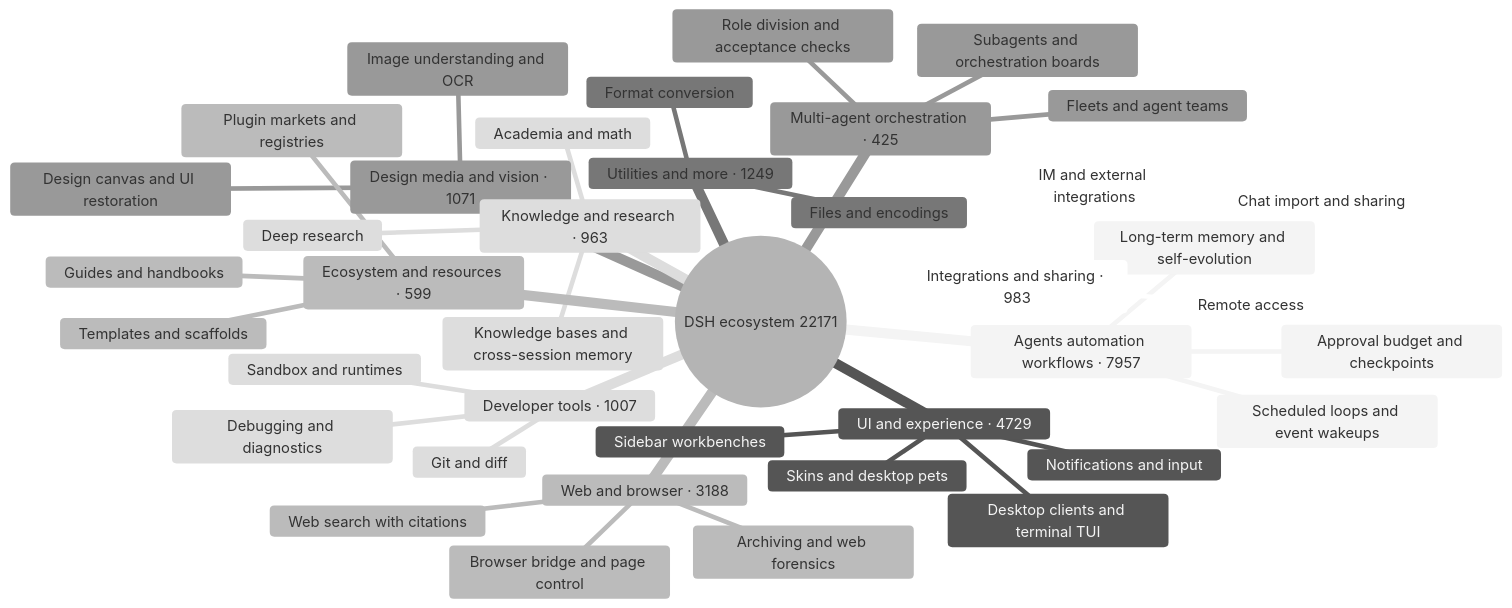
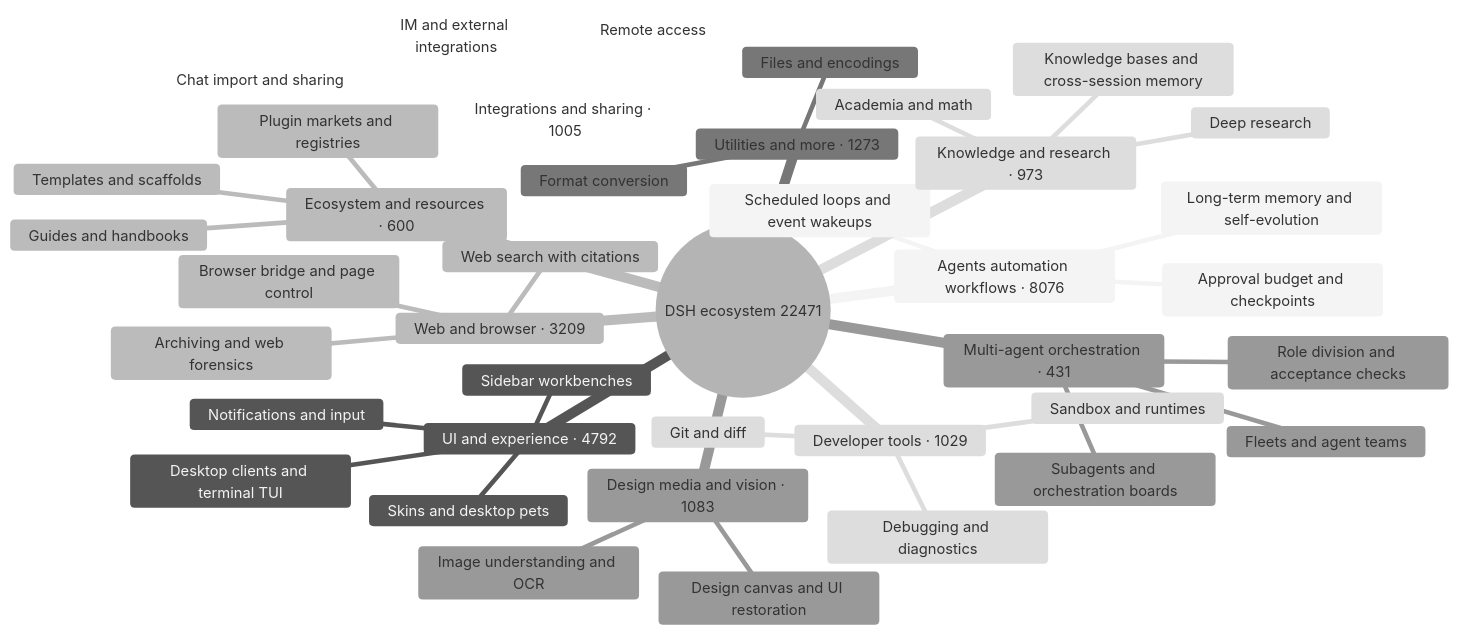
Before and after one commit to bruc3van/awesome-dsh-plugin: the diagram in README_EN.md, drawn with Mermaid (neutral theme). The commit also changed other lines of this file and 26 other files, not shown here.

````diff
--- a/README_EN.md
+++ b/README_EN.md
@@ -40,43 +40,43 @@
 ```mermaid
 mindmap
-  root((DSH ecosystem 22171))
-    Agents automation workflows · 7957
+  root((DSH ecosystem 22471))
+    Agents automation workflows · 8076
       Scheduled loops and event wakeups
       Long-term memory and self-evolution
       Approval budget and checkpoints
-    UI and experience · 4729
+    UI and experience · 4792
       Desktop clients and terminal TUI
       Sidebar workbenches
       Skins and desktop pets
       Notifications and input
-    Web and browser · 3188
+    Web and browser · 3209
       Browser bridge and page control
       Web search with citations
       Archiving and web forensics
-    Utilities and more · 1249
+    Utilities and more · 1273
       Files and encodings
       Format conversion
-    Design media and vision · 1071
+    Design media and vision · 1083
       Image understanding and OCR
       Design canvas and UI restoration
-    Developer tools · 1007
+    Developer tools · 1029
       Git and diff
       Sandbox and runtimes
       Debugging and diagnostics
-    Integrations and sharing · 983
+    Integrations and sharing · 1005
       Chat import and sharing
       Remote access
       IM and external integrations
-    Knowledge and research · 963
+    Knowledge and research · 973
       Knowledge bases and cross-session memory
       Deep research
       Academia and math
-    Ecosystem and resources · 599
+    Ecosystem and resources · 600
       Plugin markets and registries
       Templates and scaffolds
       Guides and handbooks
-    Multi-agent orchestration · 425
+    Multi-agent orchestration · 431
       Subagents and orchestration boards
       Fleets and agent teams
       Role division and acceptance checks
 ```
````
